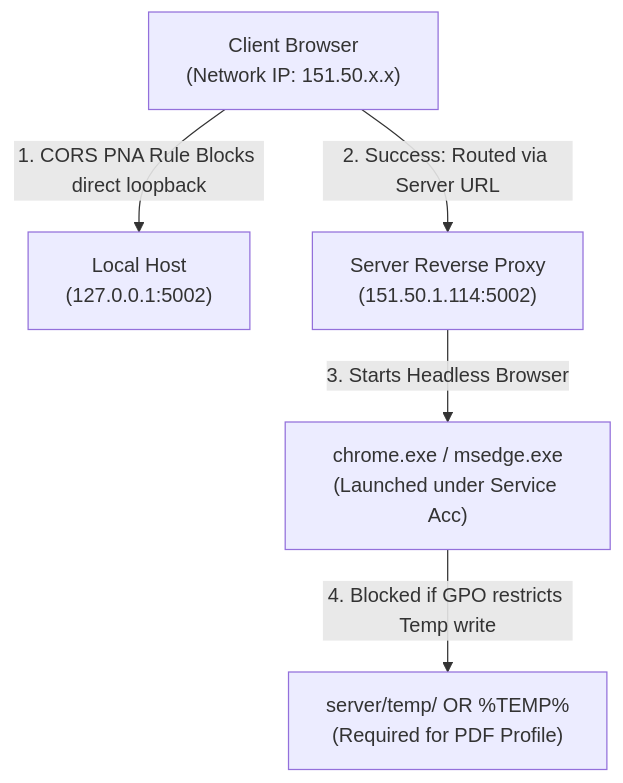
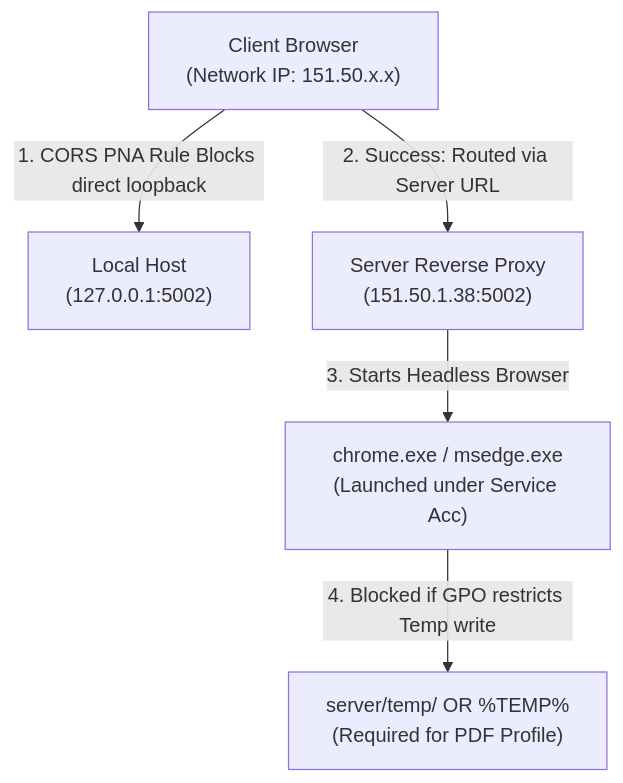
The diagram in IT_Infrastructure_Support_Request.md (mohanrajnaidu984-ui/EMS_Latest), drawn with Mermaid before and after one commit. The commit also changed other lines of this file and 90 other files, not shown here.

````diff
--- a/IT_Infrastructure_Support_Request.md
+++ b/IT_Infrastructure_Support_Request.md
@@ -44,7 +44,7 @@
 ```mermaid
 flowchart TD
     Client["Client Browser\n(Network IP: 151.50.x.x)"] -- "1. CORS PNA Rule Blocks direct loopback" --> LocalLoopback["Local Host\n(127.0.0.1:5002)"]
-    Client -- "2. Success: Routed via Server URL" --> ServerAPI["Server Reverse Proxy\n(151.50.1.114:5002)"]
+    Client -- "2. Success: Routed via Server URL" --> ServerAPI["Server Reverse Proxy\n(151.50.1.38:5002)"]
     ServerAPI -- "3. Starts Headless Browser" --> ChromeProc["chrome.exe / msedge.exe\n(Launched under Service Acc)"]
     ChromeProc -- "4. Blocked if GPO restricts Temp write" --> TempFolder["server/temp/ OR %TEMP%\n(Required for PDF Profile)"]
 ```
````
